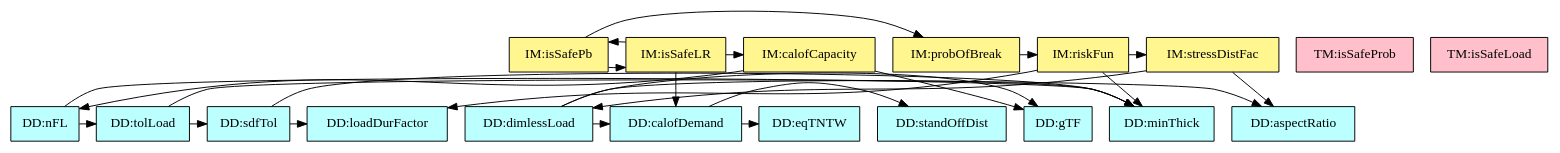
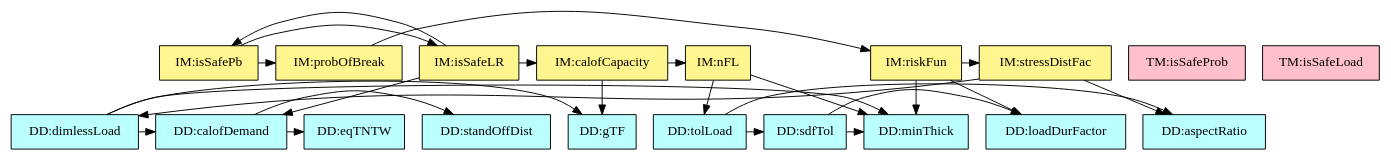
One commit to JacquesCarette/Drasil changed the diagram in code/stable/glassbr/TraceyGraph/refvsref.dot. Above: the diagram before and after it, drawn with Graphviz. The commit also changed 12 other files, not shown here.

```diff
--- a/code/stable/glassbr/TraceyGraph/refvsref.dot
+++ b/code/stable/glassbr/TraceyGraph/refvsref.dot
@@ -1,65 +1,65 @@
 digraph refvsref {
-	nFL -> minThick;
-	nFL -> tolLoad;
 	dimlessLoad -> minThick;
 	dimlessLoad -> glassTypeFac;
 	dimlessLoad -> demandq;
 	tolLoad -> sdfTol;
 	tolLoad -> aR;
 	sdfTol -> minThick;
 	sdfTol -> loadDurFactor;
 	demandq -> stdOffDist;
 	demandq -> eqTNTChar;
 	riskFun -> minThick;
 	riskFun -> loadDurFactor;
 	riskFun -> stressDistFac;
 	stressDistFac -> dimlessLoad;
 	stressDistFac -> aR;
+	nFL -> minThick;
+	nFL -> tolLoad;
 	probBr -> riskFun;
+	lResistance -> glassTypeFac;
 	lResistance -> nFL;
-	lResistance -> glassTypeFac;
 	isSafePb -> probBr;
 	isSafePb -> isSafeLR;
 	isSafeLR -> demandq;
 	isSafeLR -> lResistance;
 	isSafeLR -> isSafePb;
 
 
 	minThick	[shape=box, color=black, style=filled, fillcolor=paleturquoise1, label="DD:minThick"];
 	loadDurFactor	[shape=box, color=black, style=filled, fillcolor=paleturquoise1, label="DD:loadDurFactor"];
-	nFL	[shape=box, color=black, style=filled, fillcolor=paleturquoise1, label="DD:nFL"];
 	glassTypeFac	[shape=box, color=black, style=filled, fillcolor=paleturquoise1, label="DD:gTF"];
 	dimlessLoad	[shape=box, color=black, style=filled, fillcolor=paleturquoise1, label="DD:dimlessLoad"];
 	tolLoad	[shape=box, color=black, style=filled, fillcolor=paleturquoise1, label="DD:tolLoad"];
 	sdfTol	[shape=box, color=black, style=filled, fillcolor=paleturquoise1, label="DD:sdfTol"];
 	stdOffDist	[shape=box, color=black, style=filled, fillcolor=paleturquoise1, label="DD:standOffDist"];
 	aR	[shape=box, color=black, style=filled, fillcolor=paleturquoise1, label="DD:aspectRatio"];
 	eqTNTChar	[shape=box, color=black, style=filled, fillcolor=paleturquoise1, label="DD:eqTNTW"];
 	demandq	[shape=box, color=black, style=filled, fillcolor=paleturquoise1, label="DD:calofDemand"];
 
 	subgraph DD {
 	rank="same"
-	{minThick, loadDurFactor, nFL, glassTypeFac, dimlessLoad, tolLoad, sdfTol, stdOffDist, aR, eqTNTChar, demandq}
+	{minThick, loadDurFactor, glassTypeFac, dimlessLoad, tolLoad, sdfTol, stdOffDist, aR, eqTNTChar, demandq}
 	}
 
 	isSafeProb	[shape=box, color=black, style=filled, fillcolor=pink, label="TM:isSafeProb"];
 	isSafeLoad	[shape=box, color=black, style=filled, fillcolor=pink, label="TM:isSafeLoad"];
 
 	subgraph TM {
 	rank="same"
 	{isSafeProb, isSafeLoad}
 	}
 
 	riskFun	[shape=box, color=black, style=filled, fillcolor=khaki1, label="IM:riskFun"];
 	stressDistFac	[shape=box, color=black, style=filled, fillcolor=khaki1, label="IM:stressDistFac"];
+	nFL	[shape=box, color=black, style=filled, fillcolor=khaki1, label="IM:nFL"];
 	probBr	[shape=box, color=black, style=filled, fillcolor=khaki1, label="IM:probOfBreak"];
 	lResistance	[shape=box, color=black, style=filled, fillcolor=khaki1, label="IM:calofCapacity"];
 	isSafePb	[shape=box, color=black, style=filled, fillcolor=khaki1, label="IM:isSafePb"];
 	isSafeLR	[shape=box, color=black, style=filled, fillcolor=khaki1, label="IM:isSafeLR"];
 
 	subgraph IM {
 	rank="same"
-	{riskFun, stressDistFac, probBr, lResistance, isSafePb, isSafeLR}
+	{riskFun, stressDistFac, nFL, probBr, lResistance, isSafePb, isSafeLR}
 	}
 
 }
```
